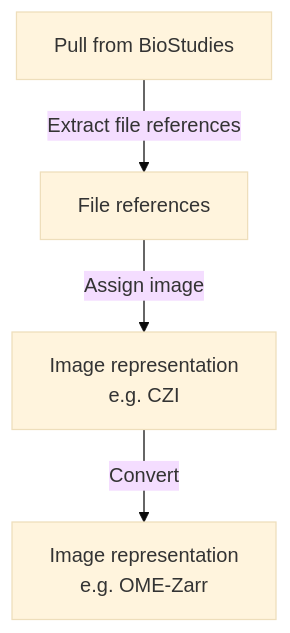
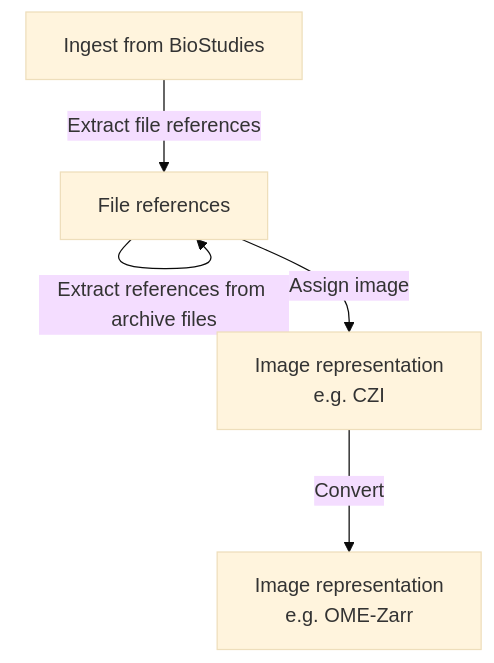
The diagram in docs/source/conversion.rst (BioImage-Archive/bia-integrator), drawn with Mermaid (base theme) before and after one commit. The commit also changed 1 other file, not shown here.

Commit message:
Update conversion

```diff
--- a/docs/source/conversion.rst
+++ b/docs/source/conversion.rst
@@ -17,6 +17,7 @@
 .. mermaid:: 
 
     flowchart TD
-        A[Pull from BioStudies] -->|Extract file references| B[File references]
+        A[Ingest from BioStudies] -->|Extract file references| B[File references]
+        B -->|Extract references from archive files| B
         B -->|Assign image| D[Image representation\ne.g. CZI]
         D -->|Convert| E[Image representation\ne.g. OME-Zarr]
```
